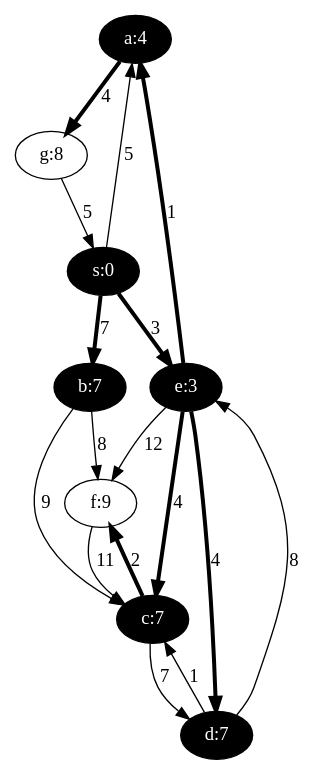
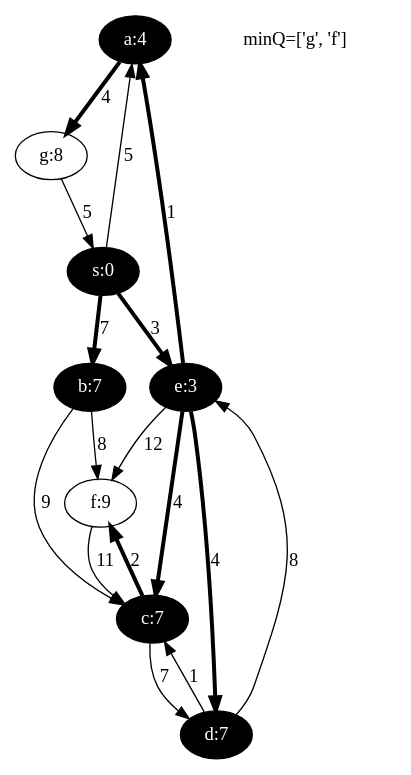
One commit to nicolasrenet/Graphs changed the diagram in examples/dijkstra_gross_yellen_06.dot. Above: the diagram before and after it, drawn with Graphviz. The commit also changed 214 other files, not shown here.

Commit message:
Added an extra key (label) to the vertex comparison function. Dijkstra's key shows content of the min queue. Various layout changes in the LaTeX documents (added an figure width ratio option to alg_to_tex.py). Cleaned up the Makefile.

```diff
--- a/examples/dijkstra_gross_yellen_06.dot
+++ b/examples/dijkstra_gross_yellen_06.dot
@@ -1,26 +1,27 @@
 Digraph {
 a [ label="a:4" fontcolor=white style=filled fontname="time-bold" fillcolor=black ];
 b [ label="b:7" fontcolor=white style=filled fontname="time-bold" fillcolor=black ];
 c [ label="c:7" fontcolor=white style=filled fontname="time-bold" fillcolor=black ];
 d [ label="d:7" fontcolor=white style=filled fontname="time-bold" fillcolor=black ];
 e [ label="e:3" fontcolor=white style=filled fontname="time-bold" fillcolor=black ];
 f [ label="f:9" ];
 g [ label="g:8" ];
 s [ label="s:0" fontcolor=white style=filled fontname="time-bold" fillcolor=black ];
 a->g[label="4", penwidth=3];
 b->c[label="9", penwidth=1];
 b->f[label="8", penwidth=1];
 c->d[label="7", penwidth=1];
 c->f[label="2", penwidth=3];
 d->e[label="8", penwidth=1];
 d->c[label="1", penwidth=1];
 e->a[label="1", penwidth=3];
 e->c[label="4", penwidth=3];
 e->d[label="4", penwidth=3];
 e->f[label="12", penwidth=1];
 f->c[label="11", penwidth=1];
 g->s[label="5", penwidth=1];
 s->a[label="5", penwidth=1];
 s->b[label="7", penwidth=3];
 s->e[label="3", penwidth=3];
+legend[label="minQ=['g', 'f']", color=white];
 }
```
